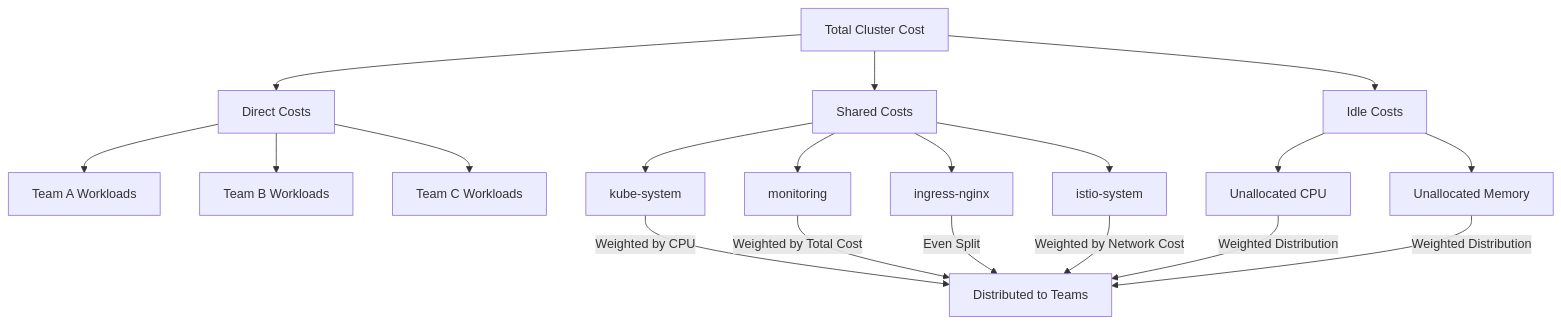
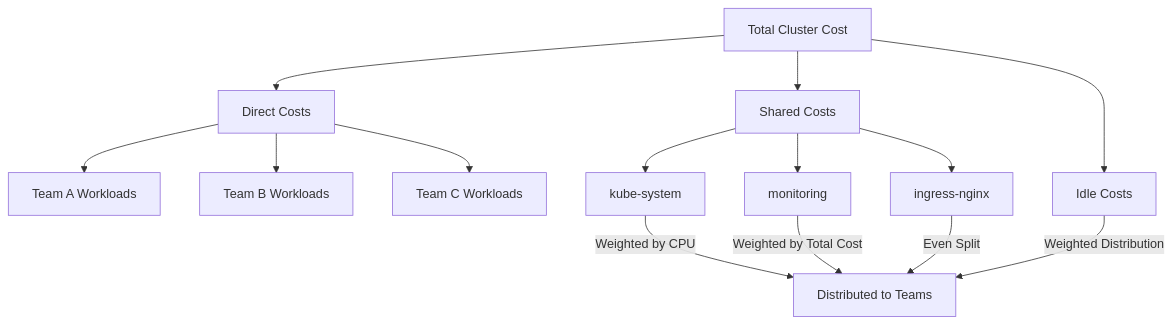
One commit to Atom-oh/kubernetes-docs changed the second of 3 diagrams in en/ops/13-finops-cost-platform.md. Above: the diagram before and after it, drawn with Mermaid. The commit also changed other lines of this file and 8 other files, not shown here.

````diff
--- a/en/ops/13-finops-cost-platform.md
+++ b/en/ops/13-finops-cost-platform.md
@@ -1070,26 +603,19 @@
 ```mermaid
 graph TD
     A[Total Cluster Cost] --> B[Direct Costs]
     A --> C[Shared Costs]
     A --> D[Idle Costs]
 
     B --> B1[Team A Workloads]
     B --> B2[Team B Workloads]
     B --> B3[Team C Workloads]
 
     C --> C1[kube-system]
     C --> C2[monitoring]
     C --> C3[ingress-nginx]
-    C --> C4[istio-system]
-
-    D --> D1[Unallocated CPU]
-    D --> D2[Unallocated Memory]
 
     C1 -->|Weighted by CPU| E[Distributed to Teams]
     C2 -->|Weighted by Total Cost| E
     C3 -->|Even Split| E
-    C4 -->|Weighted by Network Cost| E
-
-    D1 -->|Weighted Distribution| E
-    D2 -->|Weighted Distribution| E
+    D -->|Weighted Distribution| E
 ```
````
